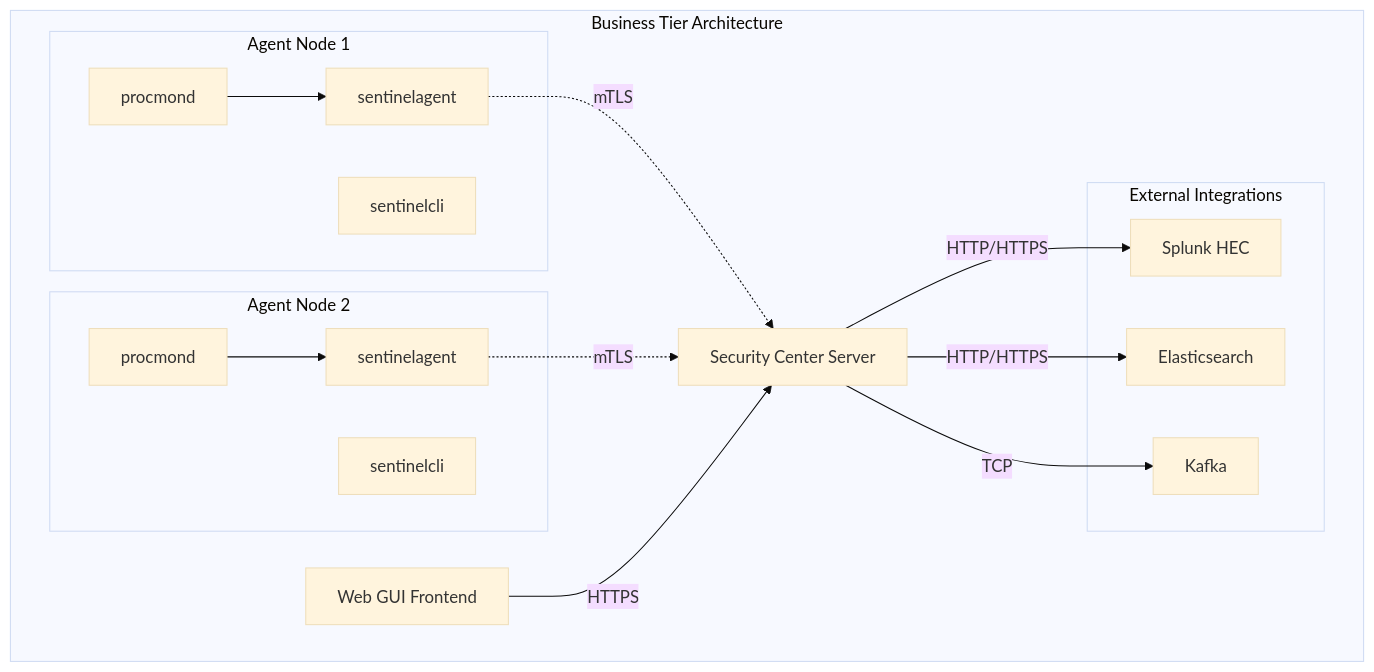
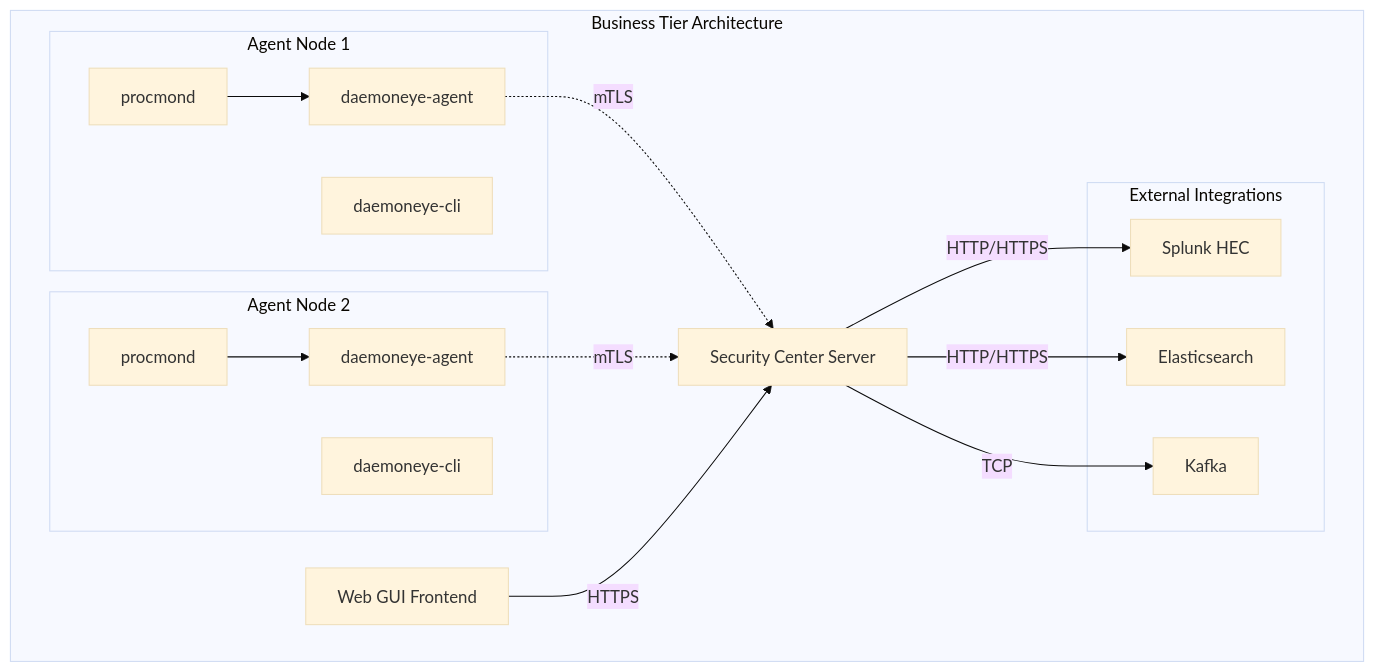
Before and after one commit to EvilBit-Labs/DaemonEye: the diagram in docs/src/technical/business-tier.md, drawn with Mermaid (base theme). The commit also changed other lines of this file and 211 other files, not shown here.

````diff
--- a/docs/src/technical/business-tier.md
+++ b/docs/src/technical/business-tier.md
@@ -21,35 +21,35 @@
 ```mermaid
 graph TB
     subgraph "Business Tier Architecture"
         SC[Security Center Server]
         GUI[Web GUI Frontend]
 
         subgraph "Agent Node 1"
             PM1[procmond]
-            SA1[sentinelagent]
-            CLI1[sentinelcli]
+            SA1[daemoneye-agent]
+            CLI1[daemoneye-cli]
         end
 
         subgraph "Agent Node 2"
             PM2[procmond]
-            SA2[sentinelagent]
-            CLI2[sentinelcli]
+            SA2[daemoneye-agent]
+            CLI2[daemoneye-cli]
         end
 
         subgraph "External Integrations"
             SPLUNK[Splunk HEC]
             ELASTIC[Elasticsearch]
             KAFKA[Kafka]
         end
     end
 
     SA1 -.->|mTLS| SC
     SA2 -.->|mTLS| SC
     GUI -->|HTTPS| SC
     SC -->|HTTP/HTTPS| SPLUNK
     SC -->|HTTP/HTTPS| ELASTIC
     SC -->|TCP| KAFKA
 
     PM1 --> SA1
     PM2 --> SA2
 ```
````
